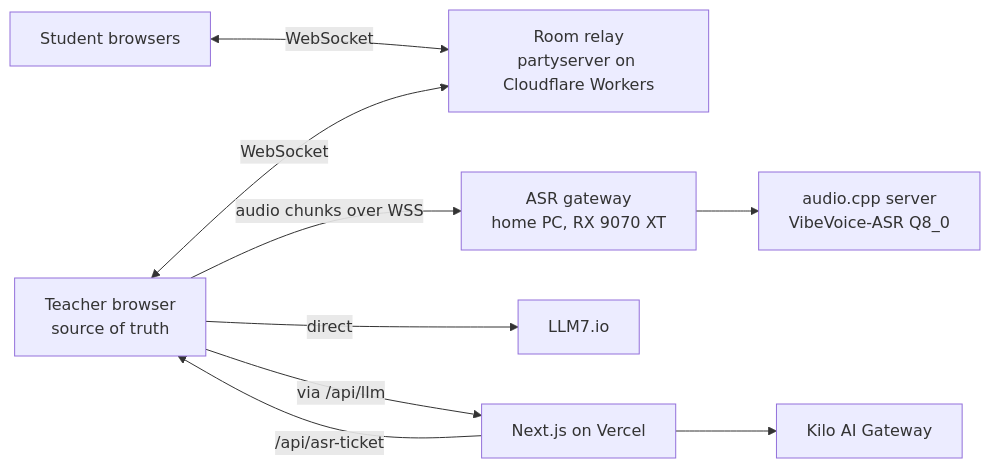
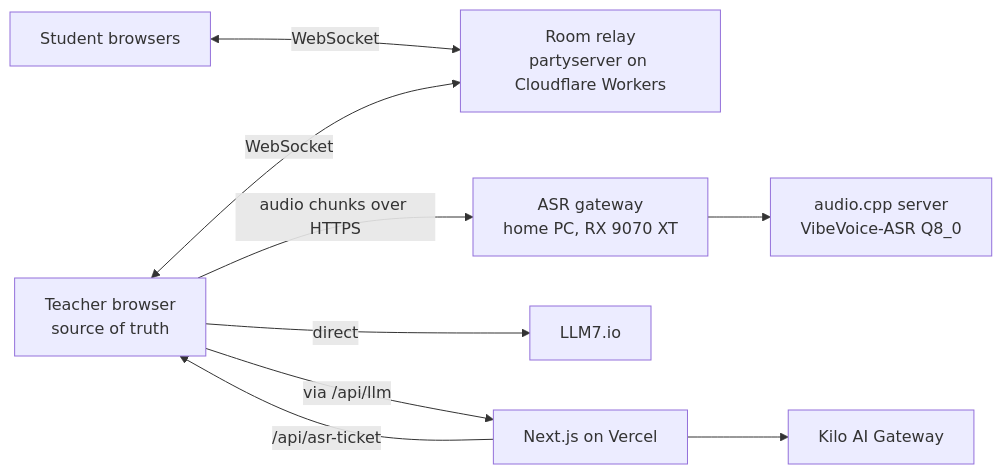
Before and after one commit to ItsCrist1/flowera: the diagram in docs/spec.md, drawn with Mermaid. The commit also changed other lines of this file and 21 other files, not shown here.

````diff
--- a/docs/spec.md
+++ b/docs/spec.md
@@ -24,11 +26,11 @@
 ```mermaid
 flowchart LR
     T[Teacher browser<br/>source of truth] <-- WebSocket --> R[Room relay<br/>partyserver on Cloudflare Workers]
     S[Student browsers] <-- WebSocket --> R
-    T -- audio chunks over WSS --> G[ASR gateway<br/>home PC, RX 9070 XT]
+    T -- audio chunks over HTTPS --> G[ASR gateway<br/>home PC, RX 9070 XT]
     G --> A[audio.cpp server<br/>VibeVoice-ASR Q8_0]
     T -- direct --> L7[LLM7.io]
     T -- via /api/llm --> V[Next.js on Vercel]
     V --> K[Kilo AI Gateway]
     V -- /api/asr-ticket --> T
 ```
````
